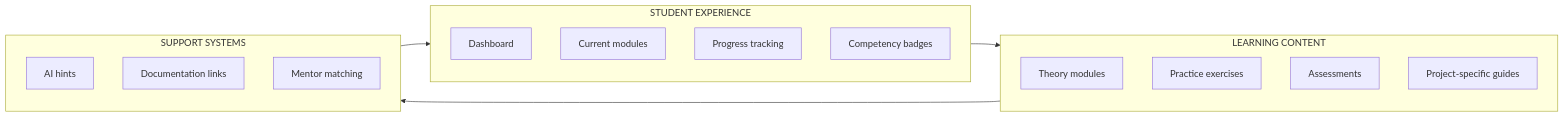
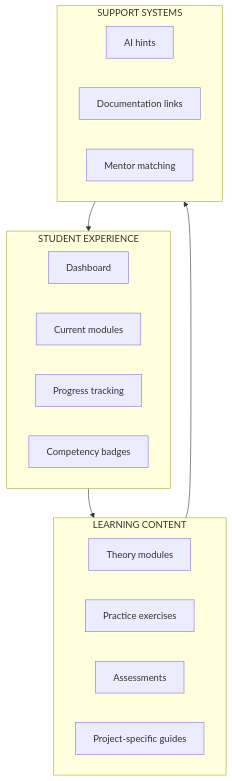
One commit to Lizo-RoadTown/Portfolio changed the second of 2 diagrams in onboarding.md. Above: the diagram before and after it, drawn with Mermaid.

Commit message:
Fix Student LMS diagram - use vertical layout

````diff
--- a/onboarding.md
+++ b/onboarding.md
@@ -86,26 +86,26 @@
 ```mermaid
-flowchart LR
+flowchart TB
     subgraph STUDENT["STUDENT EXPERIENCE"]
         S1["Dashboard"]
         S2["Current modules"]
         S3["Progress tracking"]
         S4["Competency badges"]
     end
     
     subgraph CONTENT["LEARNING CONTENT"]
         C1["Theory modules"]
         C2["Practice exercises"]
         C3["Assessments"]
         C4["Project-specific guides"]
     end
     
     subgraph SUPPORT["SUPPORT SYSTEMS"]
         P1["AI hints"]
         P2["Documentation links"]
         P3["Mentor matching"]
     end
     
     STUDENT --> CONTENT
     CONTENT --> SUPPORT
     SUPPORT --> STUDENT
 ```
````
